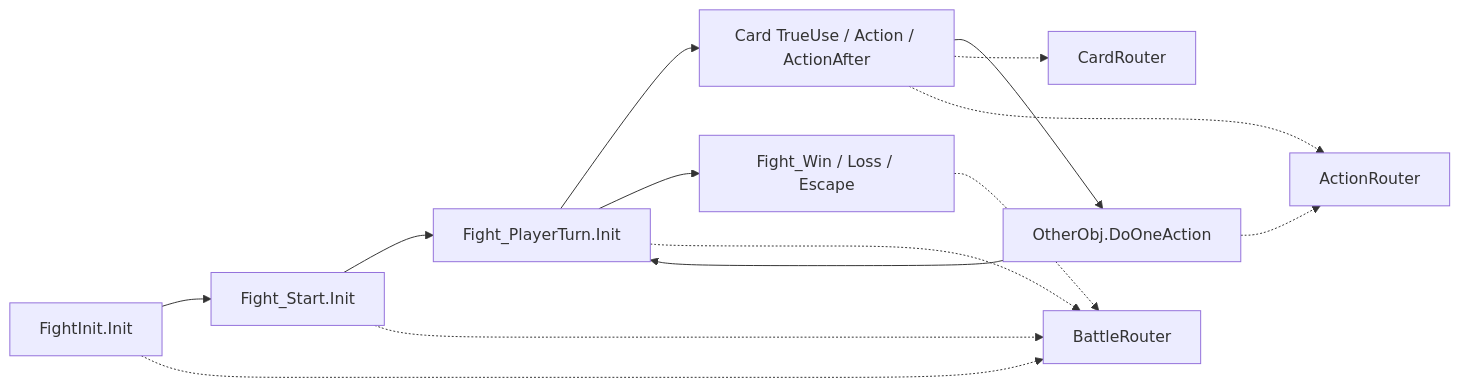
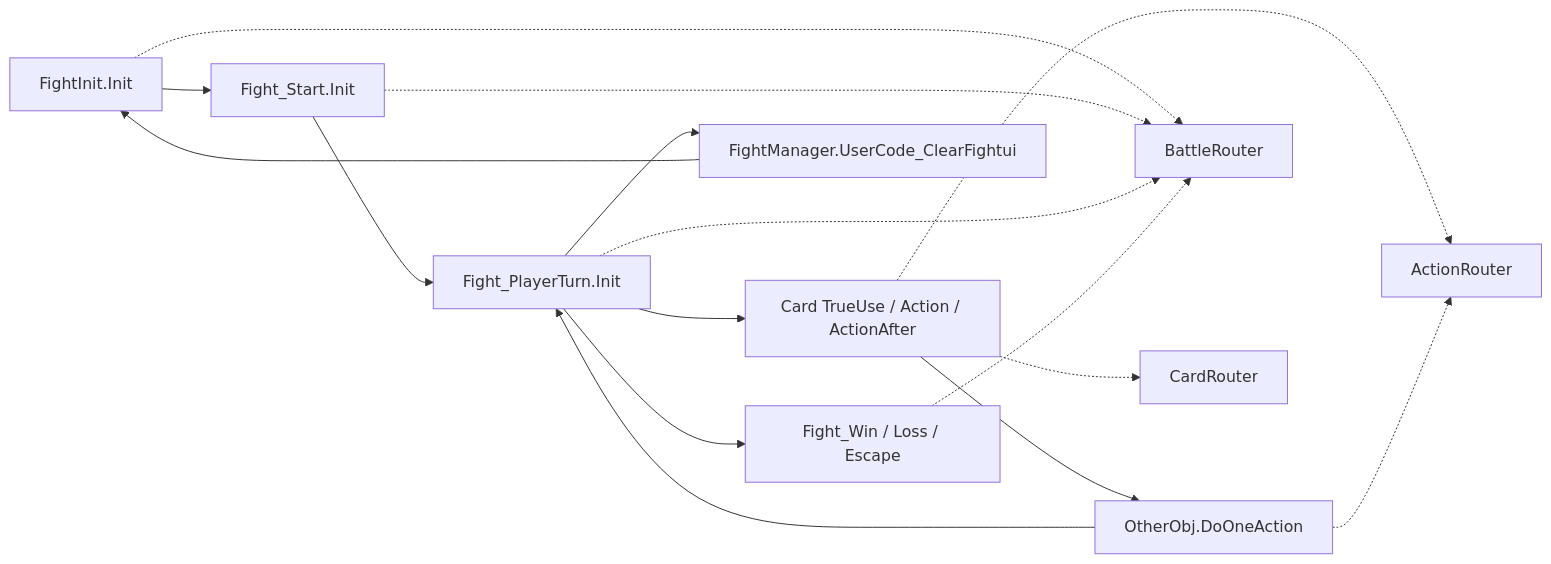
The first of 3 diagrams in docs/Terrias/modules/02-战斗事件场地与特殊标签.md (AuraKaliya/apocalyptic-journey-mod-SunExp), drawn with Mermaid before and after one commit. The commit also changed other lines of this file and 42 other files, not shown here.

````diff
--- a/docs/Terrias/modules/02-战斗事件场地与特殊标签.md
+++ b/docs/Terrias/modules/02-战斗事件场地与特殊标签.md
@@ -22,17 +22,19 @@
 ```mermaid
 flowchart LR
     Init["FightInit.Init"] --> Opening["Fight_Start.Init"]
     Opening --> Round["Fight_PlayerTurn.Init"]
     Round --> Card["Card TrueUse / Action / ActionAfter"]
     Card --> Enemy["OtherObj.DoOneAction"]
     Enemy --> Round
     Round --> End["Fight_Win / Loss / Escape"]
+    Round --> Restarting["FightManager.UserCode_ClearFightui"]
+    Restarting --> Init
 
     Init -.-> BattleRouter
     Opening -.-> BattleRouter
     Round -.-> BattleRouter
     Card -.-> CardRouter
     Card -.-> ActionRouter
     Enemy -.-> ActionRouter
     End -.-> BattleRouter
 ```
````
